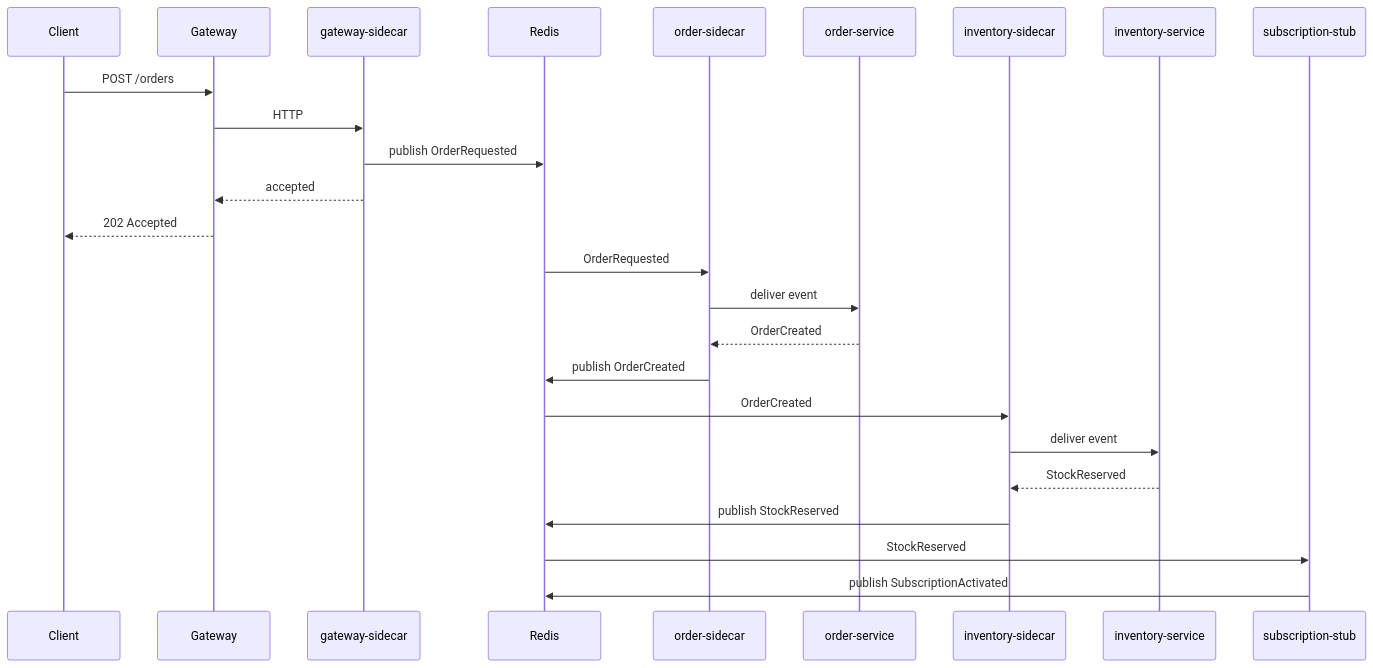
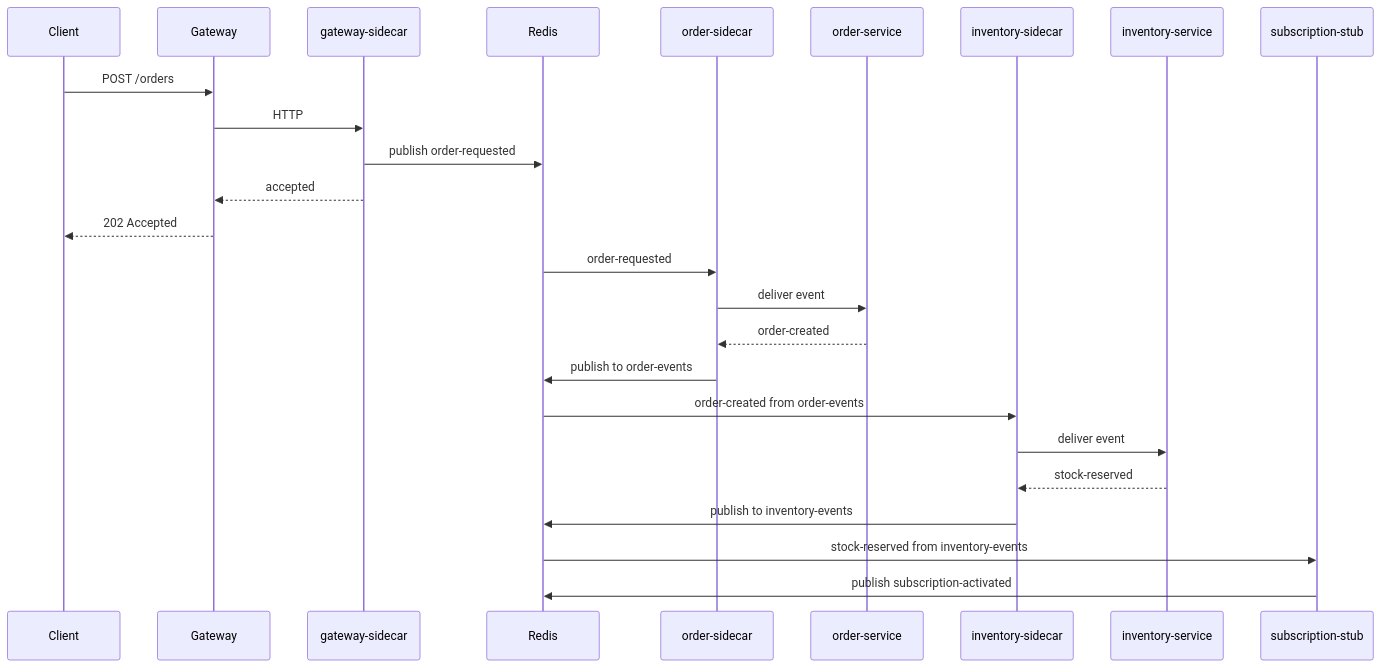
Before and after one commit to filozofira/spas: the third of 5 diagrams in examples/README.md, drawn with Mermaid. The commit also changed other lines of this file and 55 other files, not shown here.

````diff
--- a/examples/README.md
+++ b/examples/README.md
@@ -293,31 +314,31 @@
 ```mermaid
 sequenceDiagram
     participant Client
     participant Gateway
     participant GW-Sidecar as gateway-sidecar
     participant Redis
     participant Order-Sidecar as order-sidecar
     participant OrderService as order-service
     participant Inv-Sidecar as inventory-sidecar
     participant InventoryService as inventory-service
     participant Subscription as subscription-stub
 
     Client->>Gateway: POST /orders
     Gateway->>GW-Sidecar: HTTP
-    GW-Sidecar->>Redis: publish OrderRequested
+    GW-Sidecar->>Redis: publish order-requested
     GW-Sidecar-->>Gateway: accepted
     Gateway-->>Client: 202 Accepted
 
-    Redis->>Order-Sidecar: OrderRequested
+    Redis->>Order-Sidecar: order-requested
     Order-Sidecar->>OrderService: deliver event
-    OrderService-->>Order-Sidecar: OrderCreated
-    Order-Sidecar->>Redis: publish OrderCreated
+    OrderService-->>Order-Sidecar: order-created
+    Order-Sidecar->>Redis: publish to order-events
 
-    Redis->>Inv-Sidecar: OrderCreated
+    Redis->>Inv-Sidecar: order-created from order-events
     Inv-Sidecar->>InventoryService: deliver event
-    InventoryService-->>Inv-Sidecar: StockReserved
-    Inv-Sidecar->>Redis: publish StockReserved
+    InventoryService-->>Inv-Sidecar: stock-reserved
+    Inv-Sidecar->>Redis: publish to inventory-events
 
-    Redis->>Subscription: StockReserved
-    Subscription->>Redis: publish SubscriptionActivated
+    Redis->>Subscription: stock-reserved from inventory-events
+    Subscription->>Redis: publish subscription-activated
 ```
````
